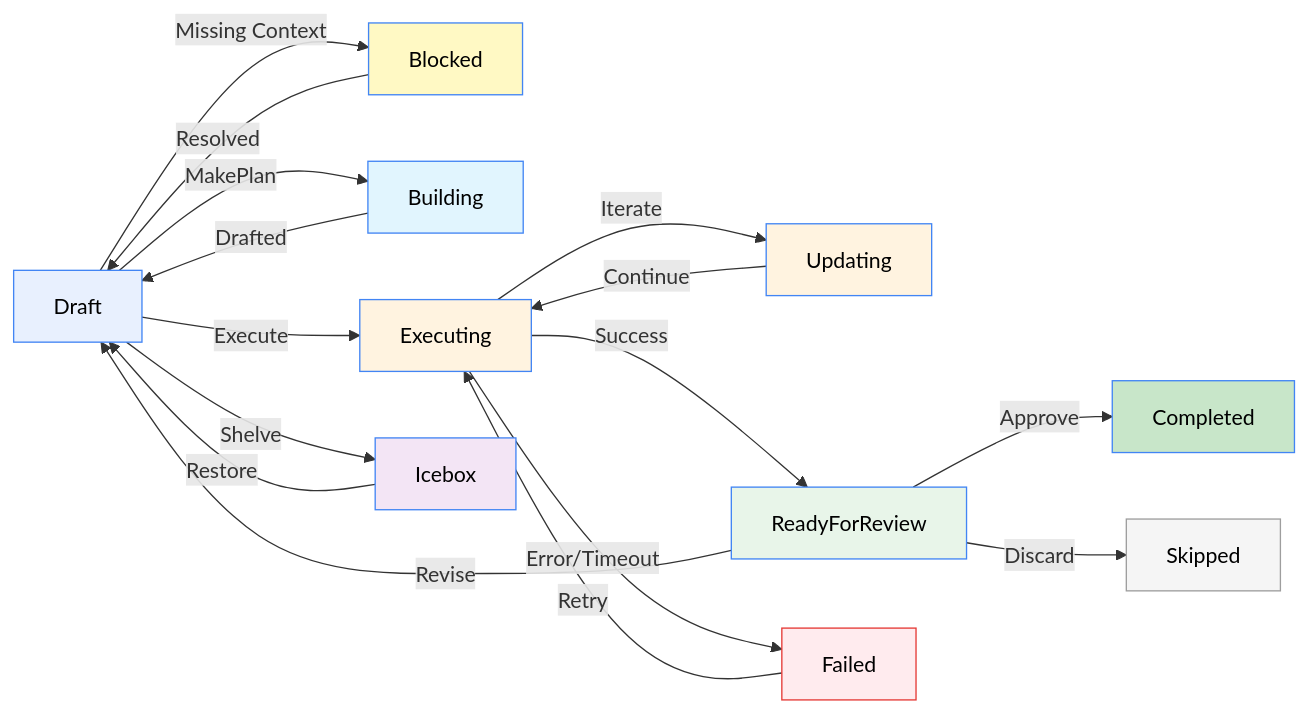
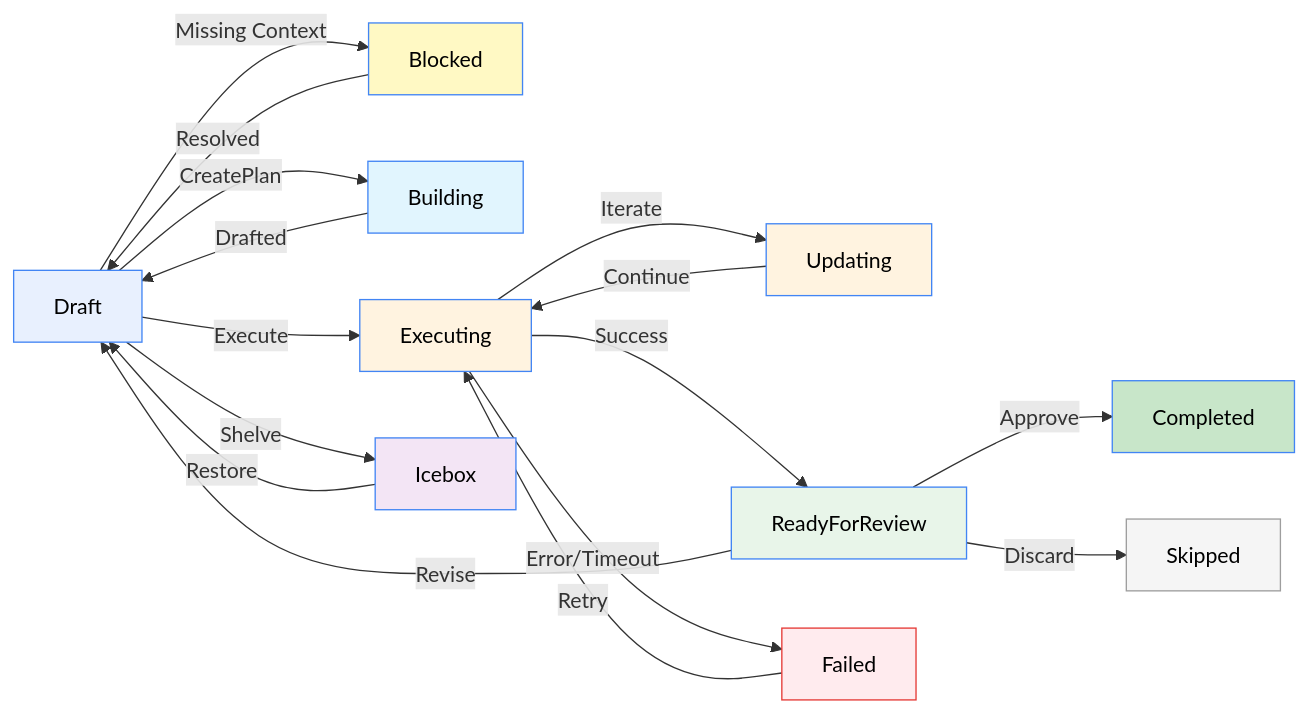
The diagram in src/Ivy.Tendril.Docs/Docs/01_GettingStarted/01_Introduction.md (Ivy-Interactive/Ivy-Tendril), drawn with Mermaid before and after one commit. The commit also changed other lines of this file and 181 other files, not shown here.

First line of the commit message:
Rename MakePlan -> CreatePlan, MakePr -> CreatePr; eliminate PowerShell scripts from promptware execution

````diff
--- a/src/Ivy.Tendril.Docs/Docs/01_GettingStarted/01_Introduction.md
+++ b/src/Ivy.Tendril.Docs/Docs/01_GettingStarted/01_Introduction.md
@@ -52,41 +52,41 @@
 ```mermaid
 flowchart LR
     Draft:::defaultStyle
     Blocked:::blockedStyle
     Building:::buildingStyle
     Executing:::executingStyle
     Updating:::executingStyle
     ReadyForReview:::readyStyle
     Failed:::failedStyle
     Completed:::completedStyle
     Icebox:::iceboxStyle
     Skipped:::skippedStyle
 
-    Draft -->|MakePlan| Building
+    Draft -->|CreatePlan| Building
     Draft -->|Execute| Executing
     Draft -->|Missing Context| Blocked
     Blocked -->|Resolved| Draft
     Building -->|Drafted| Draft
     Draft -->|Shelve| Icebox
     Icebox -->|Restore| Draft
 
     Executing -->|Iterate| Updating
     Updating -->|Continue| Executing
     Executing -->|Success| ReadyForReview
     Executing -->|Error/Timeout| Failed
     Failed -->|Retry| Executing
 
     ReadyForReview -->|Approve| Completed
     ReadyForReview -->|Revise| Draft
     ReadyForReview -->|Discard| Skipped
 
     classDef defaultStyle fill:#E8F0FE,stroke:#4285F4,color:#000
     classDef blockedStyle fill:#FFF9C4,stroke:#4285F4,color:#000
     classDef buildingStyle fill:#E1F5FE,stroke:#4285F4,color:#000
     classDef executingStyle fill:#FFF3E0,stroke:#4285F4,color:#000
     classDef readyStyle fill:#E8F5E9,stroke:#4285F4,color:#000
     classDef failedStyle fill:#FFEBEE,stroke:#E53935,color:#000
     classDef completedStyle fill:#C8E6C9,stroke:#4285F4,color:#000
     classDef iceboxStyle fill:#F3E5F5,stroke:#4285F4,color:#000
     classDef skippedStyle fill:#F5F5F5,stroke:#9E9E9E,color:#000
 ```
````
